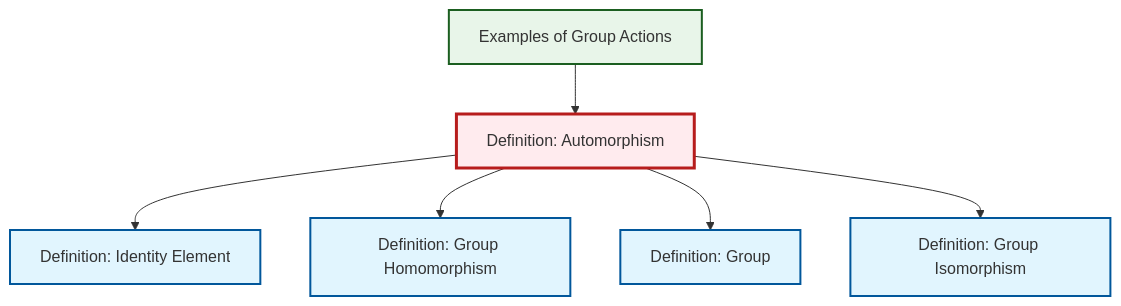
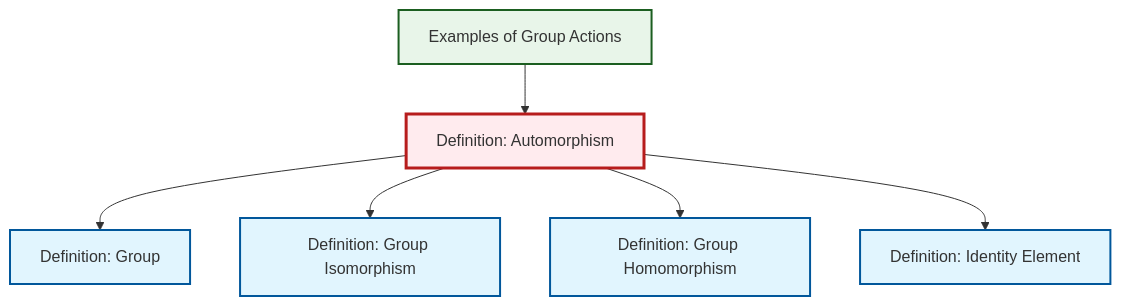
Before and after one commit to RK0429/ModernMath: the diagram in content/en/algebra/def-automorphism.qmd, drawn with Mermaid. The commit also changed other lines of this file and 619 other files, not shown here.

````diff
--- a/content/en/algebra/def-automorphism.qmd
+++ b/content/en/algebra/def-automorphism.qmd
@@ -100,26 +100,26 @@
 ```{mermaid}
 %%| fig-cap: "Local dependency graph"
 graph TD
     classDef definition fill:#e1f5fe,stroke:#01579b,stroke-width:2px
     classDef theorem fill:#f3e5f5,stroke:#4a148c,stroke-width:2px
     classDef axiom fill:#fff3e0,stroke:#e65100,stroke-width:2px
     classDef example fill:#e8f5e9,stroke:#1b5e20,stroke-width:2px
     classDef current fill:#ffebee,stroke:#b71c1c,stroke-width:3px
-    def-identity-element["Definition: Identity Element"]:::definition
+    def-group["Definition: Group"]:::definition
+    def-isomorphism["Definition: Group Isomorphism"]:::definition
+    def-automorphism["Definition: Automorphism"]:::definition
     def-homomorphism["Definition: Group Homomorphism"]:::definition
     ex-group-action-examples["Examples of Group Actions"]:::example
-    def-automorphism["Definition: Automorphism"]:::definition
-    def-isomorphism["Definition: Group Isomorphism"]:::definition
-    def-group["Definition: Group"]:::definition
-    def-automorphism --> def-identity-element
-    def-automorphism --> def-homomorphism
+    def-identity-element["Definition: Identity Element"]:::definition
     def-automorphism --> def-group
     def-automorphism --> def-isomorphism
+    def-automorphism --> def-homomorphism
+    def-automorphism --> def-identity-element
     ex-group-action-examples --> def-automorphism
     class def-automorphism current
-    click def-identity-element "def-identity-element.html" "Go to Identity Element definition"
+    click def-group "def-group.html" "Go to Group definition"
+    click def-isomorphism "def-isomorphism.html" "Go to Group Isomorphism definition"
     click def-homomorphism "def-homomorphism.html" "Go to Group Homomorphism definition"
     click ex-group-action-examples "ex-group-action-examples.html" "Go to Examples of Group Actions"
-    click def-isomorphism "def-isomorphism.html" "Go to Group Isomorphism definition"
-    click def-group "def-group.html" "Go to Group definition"
+    click def-identity-element "def-identity-element.html" "Go to Identity Element definition"
 ```
````
